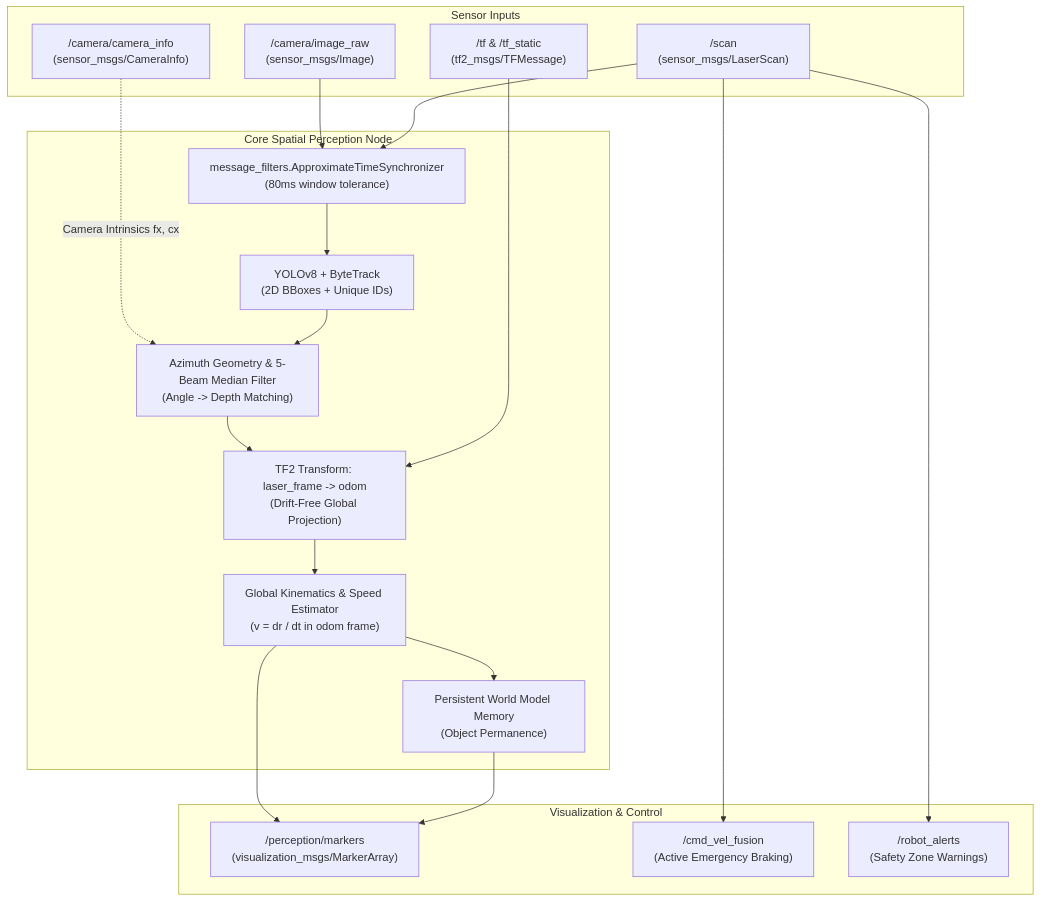
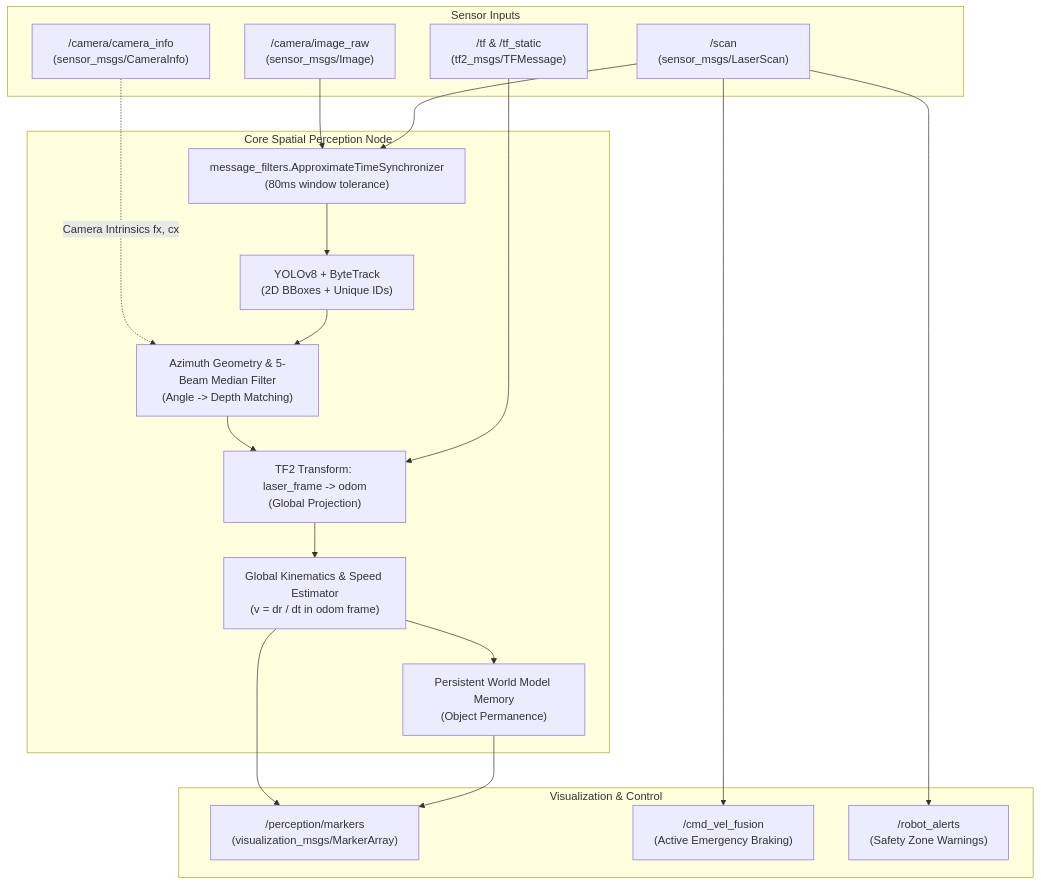
Before and after one commit to orvane-sys/r_one: the diagram in README.md, drawn with Mermaid. The commit also changed other lines of this file and 3 other files, not shown here.

````diff
--- a/README.md
+++ b/README.md
@@ -17,38 +38,38 @@
 ```mermaid
 flowchart TD
     subgraph Inputs ["Sensor Inputs"]
         CAM["/camera/image_raw<br/>(sensor_msgs/Image)"]
         INFO["/camera/camera_info<br/>(sensor_msgs/CameraInfo)"]
         SCAN["/scan<br/>(sensor_msgs/LaserScan)"]
         TF["/tf & /tf_static<br/>(tf2_msgs/TFMessage)"]
     end
 
     subgraph Perception ["Core Spatial Perception Node"]
         SYNC["message_filters.ApproximateTimeSynchronizer<br/>(80ms window tolerance)"]
         YOLO["YOLOv8 + ByteTrack<br/>(2D BBoxes + Unique IDs)"]
         GEOM["Azimuth Geometry & 5-Beam Median Filter<br/>(Angle -> Depth Matching)"]
-        TRANS["TF2 Transform: laser_frame -> odom<br/>(Drift-Free Global Projection)"]
+        TRANS["TF2 Transform: laser_frame -> odom<br/>(Global Projection)"]
         KIN["Global Kinematics & Speed Estimator<br/>(v = dr / dt in odom frame)"]
         WM["Persistent World Model Memory<br/>(Object Permanence)"]
     end
 
     subgraph Outputs ["Visualization & Control"]
         RVIZ["/perception/markers<br/>(visualization_msgs/MarkerArray)"]
         AEB["/cmd_vel_fusion<br/>(Active Emergency Braking)"]
         ALERTS["/robot_alerts<br/>(Safety Zone Warnings)"]
     end
 
     CAM --> SYNC
     SCAN --> SYNC
     INFO -.->|Camera Intrinsics fx, cx| GEOM
     SYNC --> YOLO
     YOLO --> GEOM
     GEOM --> TRANS
     TF --> TRANS
     TRANS --> KIN
     KIN --> WM
     KIN --> RVIZ
     WM --> RVIZ
     SCAN --> AEB
     SCAN --> ALERTS
 ```
````
